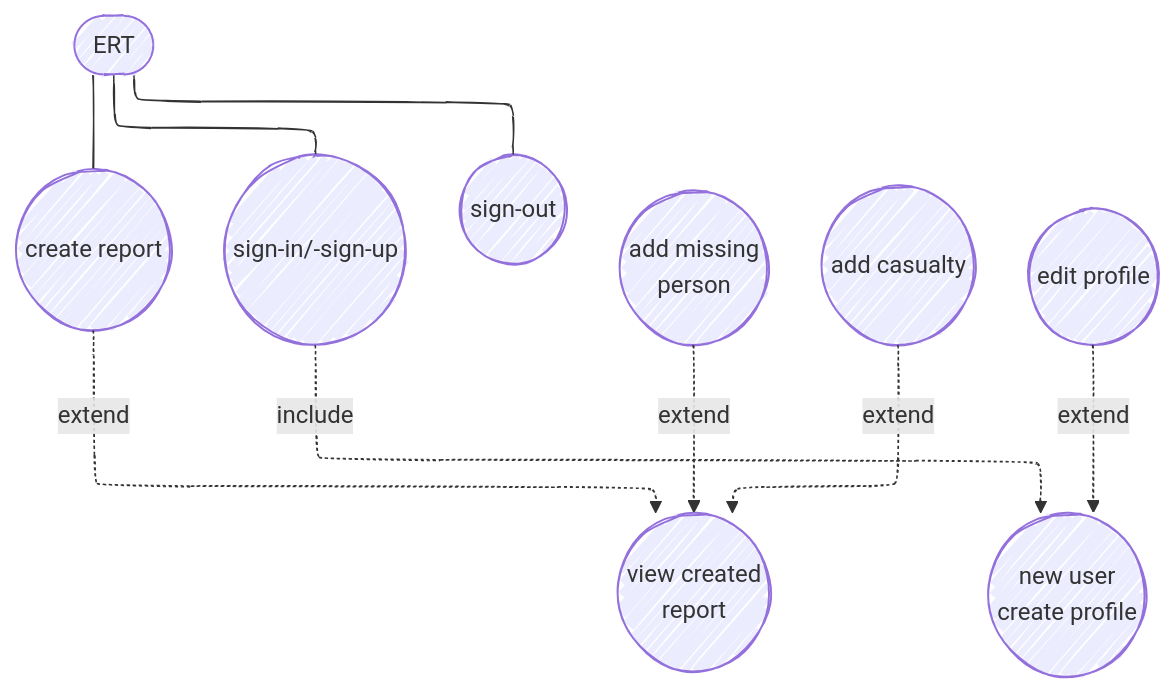
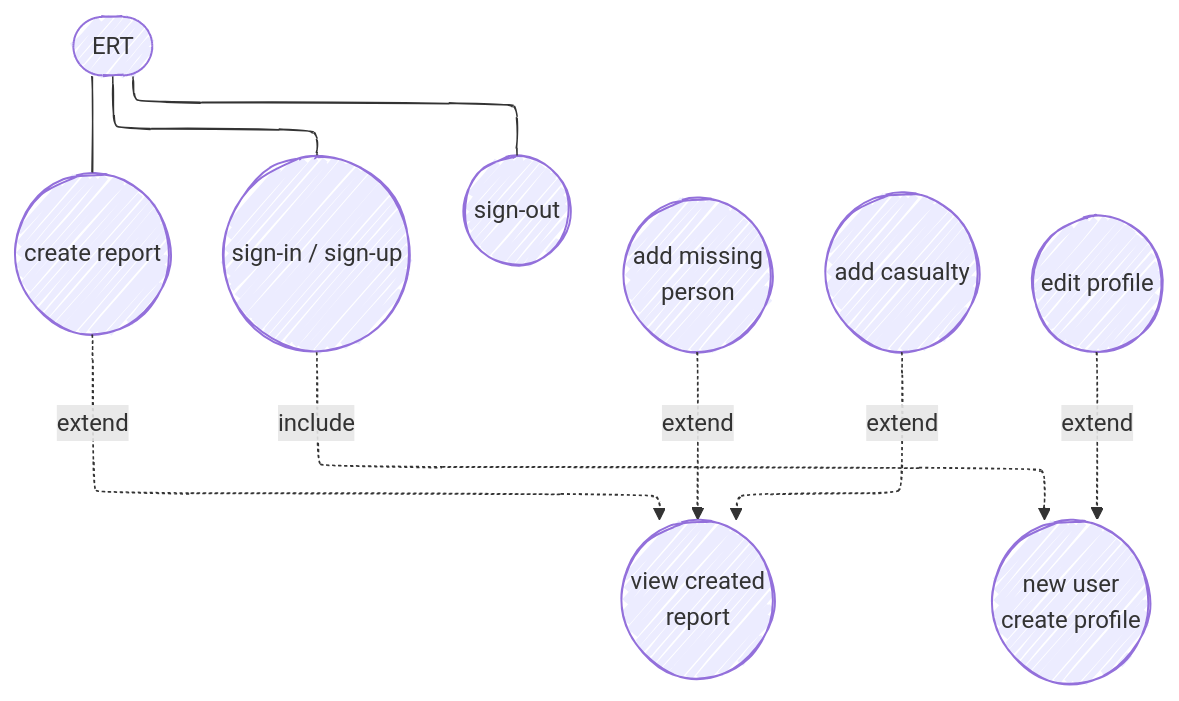
The sixth of 21 diagrams in README.md (bruhhhyannnn/drrmh-irs), drawn with Mermaid before and after one commit. The commit also changed other lines of this file, not shown here.

````diff
--- a/README.md
+++ b/README.md
@@ -334,15 +359,15 @@
 ```mermaid
 ---
 config:
   layout: elk
   look: handDrawn
   theme: default
 ---
 flowchart TB
-    Actor(["ERT"]) --- UC_CreateReport(("create report")) & UC_SignIn(("sign-in/-sign-up")) & UC_SignOut(("sign-out"))
+    Actor(["ERT"]) --- UC_CreateReport(("create report")) & UC_SignIn(("sign-in / sign-up")) & UC_SignOut(("sign-out"))
     UC_CreateReport -. extend .-> UC_ViewReport(("view created<br>report"))
     UC_AddMissing(("add missing<br>person")) -. extend .-> UC_ViewReport
     UC_AddCasualty(("add casualty")) -. extend .-> UC_ViewReport
     UC_SignIn -. include .-> UC_NewProfile(("new user<br>create profile"))
     UC_EditProfile(("edit profile")) -. extend .-> UC_NewProfile
 ```
````
